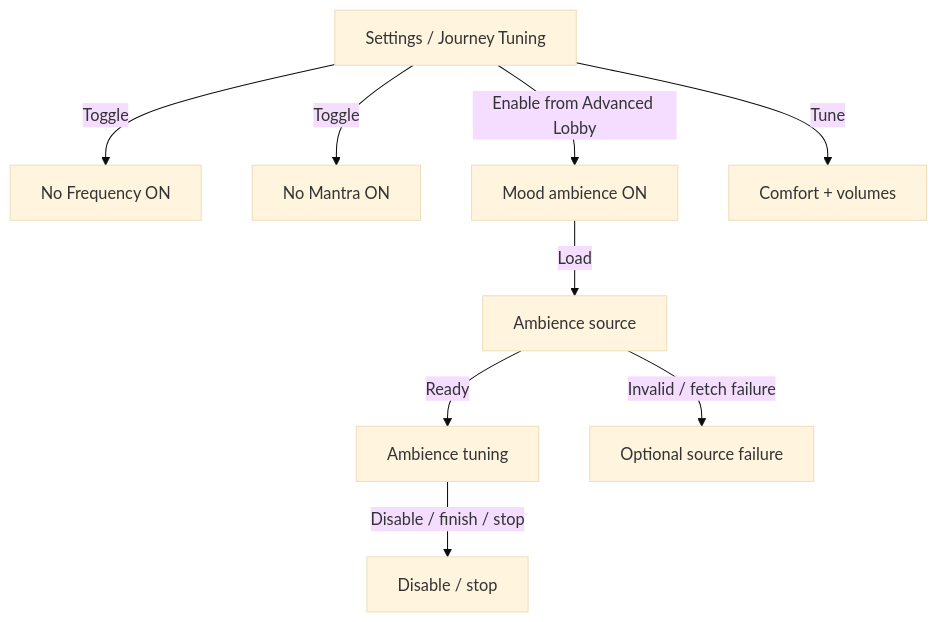
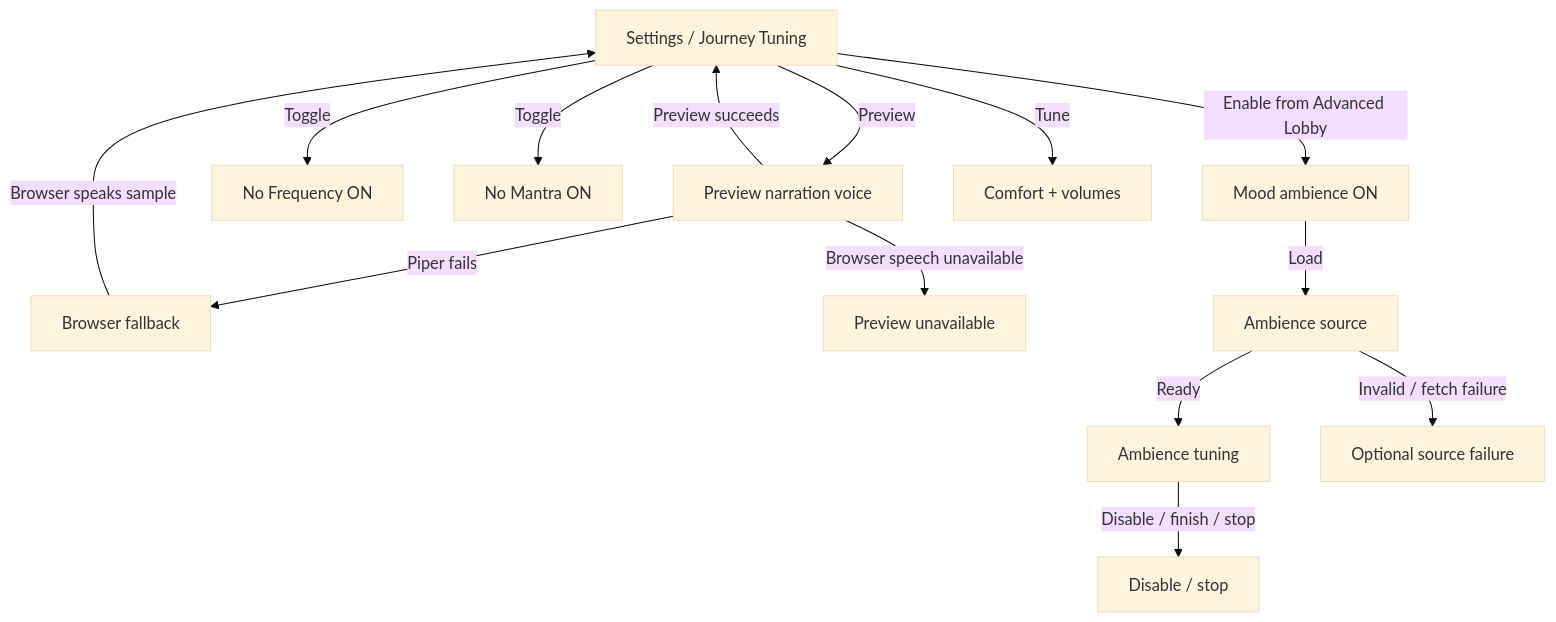
Before and after one commit to missionode/lite: diagram 24 of 44 in docs/app-map/FLOW-REFERENCE.md, drawn with Mermaid (base theme). The commit also changed other lines of this file and 11 other files, not shown here.

Commit message:
Fix Piper community voice loading and preview fallback

````diff
--- a/docs/app-map/FLOW-REFERENCE.md
+++ b/docs/app-map/FLOW-REFERENCE.md
@@ -1248,20 +1248,28 @@
 ```mermaid
 flowchart TD
   mixer["Settings / Journey Tuning"]
+  voicepreview["Preview narration voice"]
+  browserfallback["Browser fallback"]
+  previewerror["Preview unavailable"]
   nofreq["No Frequency ON"]
   nomantra["No Mantra ON"]
   ambient["Mood ambience ON"]
   source["Ambience source"]
   tune["Ambience tuning"]
   fail["Optional source failure"]
   off["Disable / stop"]
   comfort["Comfort + volumes"]
+  mixer -->|"Preview"| voicepreview
+  voicepreview -->|"Preview succeeds"| mixer
+  voicepreview -->|"Piper fails"| browserfallback
+  browserfallback -->|"Browser speaks sample"| mixer
+  voicepreview -->|"Browser speech unavailable"| previewerror
   mixer -->|"Toggle"| nofreq
   mixer -->|"Toggle"| nomantra
   mixer -->|"Enable from Advanced Lobby"| ambient
   ambient -->|"Load"| source
   source -->|"Ready"| tune
   source -->|"Invalid / fetch failure"| fail
   tune -->|"Disable / finish / stop"| off
   mixer -->|"Tune"| comfort
 ```
````
